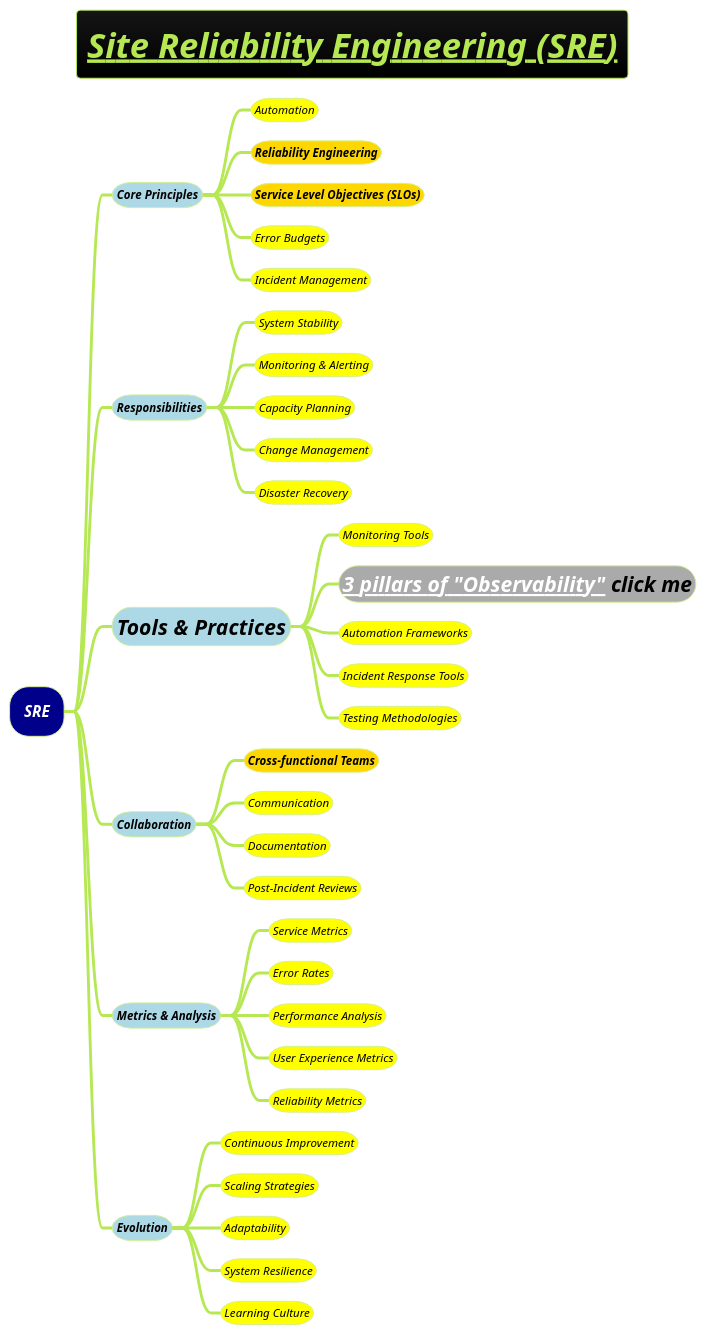
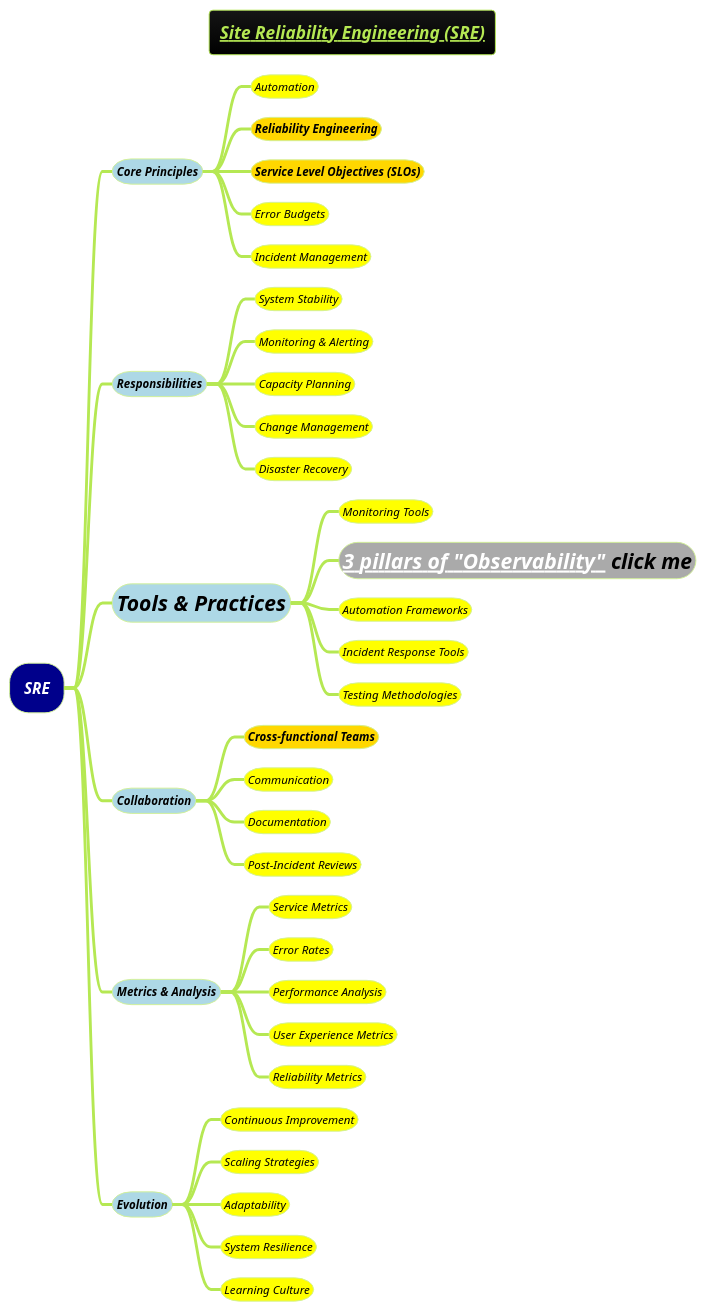
One commit to MehmoodHashmi/Documentation-as-Code-DaC changed the diagram in docs/3-devops/devops-plantuml-mindmap/Site-Reliability-Engineering-(SRE).puml. Above: the diagram before and after it, drawn with PlantUML. The commit also changed 3 other files, not shown here.

```diff
--- a/docs/3-devops/devops-plantuml-mindmap/Site-Reliability-Engineering-(SRE).puml
+++ b/docs/3-devops/devops-plantuml-mindmap/Site-Reliability-Engineering-(SRE).puml
@@ -1,49 +1,49 @@
 @startmindmap
-title =<i><b><u>Site Reliability Engineering (SRE)
+title =<i><b><u><size:14>Site Reliability Engineering (SRE)
 !theme hacker
 
 
 
 *[#darkblue] <i><color #white>SRE
 **[#lightblue] <i><color #black><size:12>Core Principles
 ***[#yellow] <i><color #black><size:12>Automation
 ***[#gold] <i><color #black><size:12><b>Reliability Engineering
 ***[#gold] <i><color #black><size:12><b>Service Level Objectives (SLOs)
 ***[#yellow] <i><color #black><size:12>Error Budgets
 ***[#yellow] <i><color #black><size:12>Incident Management
 
 **[#lightblue] <i><color #black><size:12>Responsibilities
 ***[#yellow] <i><color #black><size:12>System Stability
 ***[#yellow] <i><color #black><size:12>Monitoring & Alerting
 ***[#yellow] <i><color #black><size:12>Capacity Planning
 ***[#yellow] <i><color #black><size:12>Change Management
 ***[#yellow] <i><color #black><size:12>Disaster Recovery
 
 **[#lightblue] <i><color #black><size:22>Tools & Practices
 ***[#yellow] <i><color #black><size:12>Monitoring Tools
 ***[#a] <b><i><color #black><size:22>[[docs/3-programming-languages/Venkat-Subramaniam/gif/observability.adoc 3 pillars of "Observability"]] click me
 ***[#yellow] <i><color #black><size:12>Automation Frameworks
 ***[#yellow] <i><color #black><size:12>Incident Response Tools
 ***[#yellow] <i><color #black><size:12>Testing Methodologies
 
 **[#lightblue] <i><color #black><size:12>Collaboration
 ***[#gold] <b><i><color #black><size:12>Cross-functional Teams
 ***[#yellow] <i><color #black><size:12>Communication
 ***[#yellow] <i><color #black><size:12>Documentation
 ***[#yellow] <i><color #black><size:12>Post-Incident Reviews
 
 **[#lightblue] <i><color #black><size:12>Metrics & Analysis
 ***[#yellow] <i><color #black><size:12>Service Metrics
 ***[#yellow] <i><color #black><size:12>Error Rates
 ***[#yellow] <i><color #black><size:12>Performance Analysis
 ***[#yellow] <i><color #black><size:12>User Experience Metrics
 ***[#yellow] <i><color #black><size:12>Reliability Metrics
 
 **[#lightblue] <i><color #black><size:12>Evolution
 ***[#yellow] <i><color #black><size:12>Continuous Improvement
 ***[#yellow] <i><color #black><size:12>Scaling Strategies
 ***[#yellow] <i><color #black><size:12>Adaptability
 ***[#yellow] <i><color #black><size:12>System Resilience
 ***[#yellow] <i><color #black><size:12>Learning Culture
 
 @endmindmap
```
